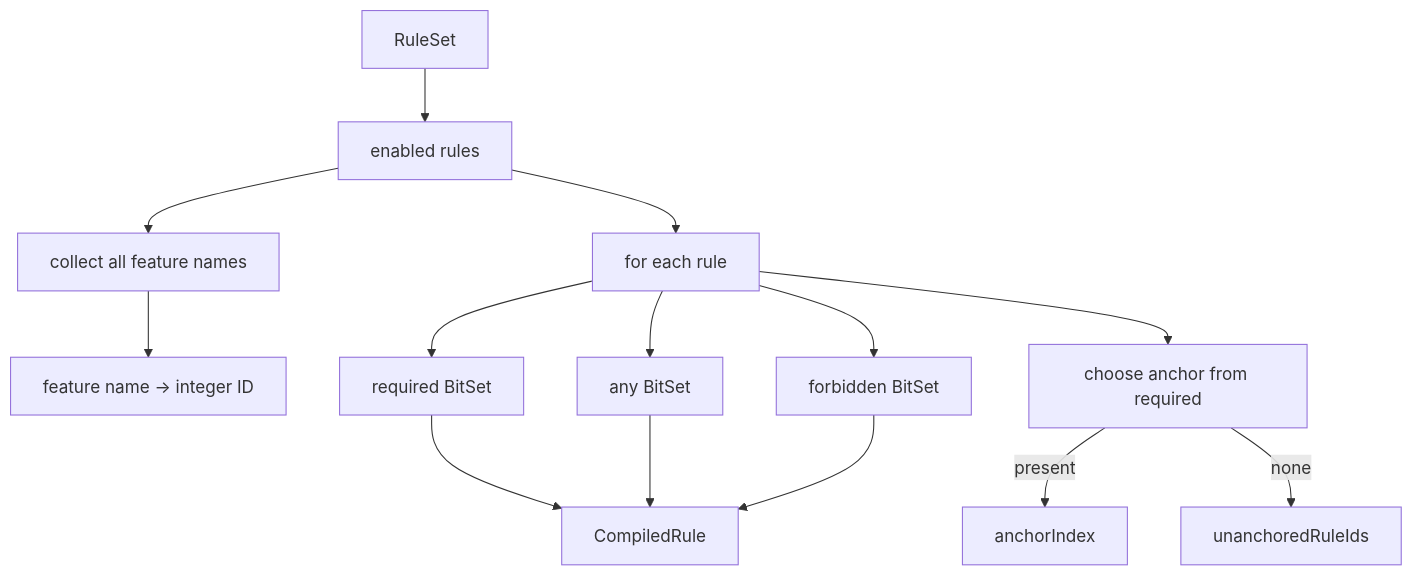
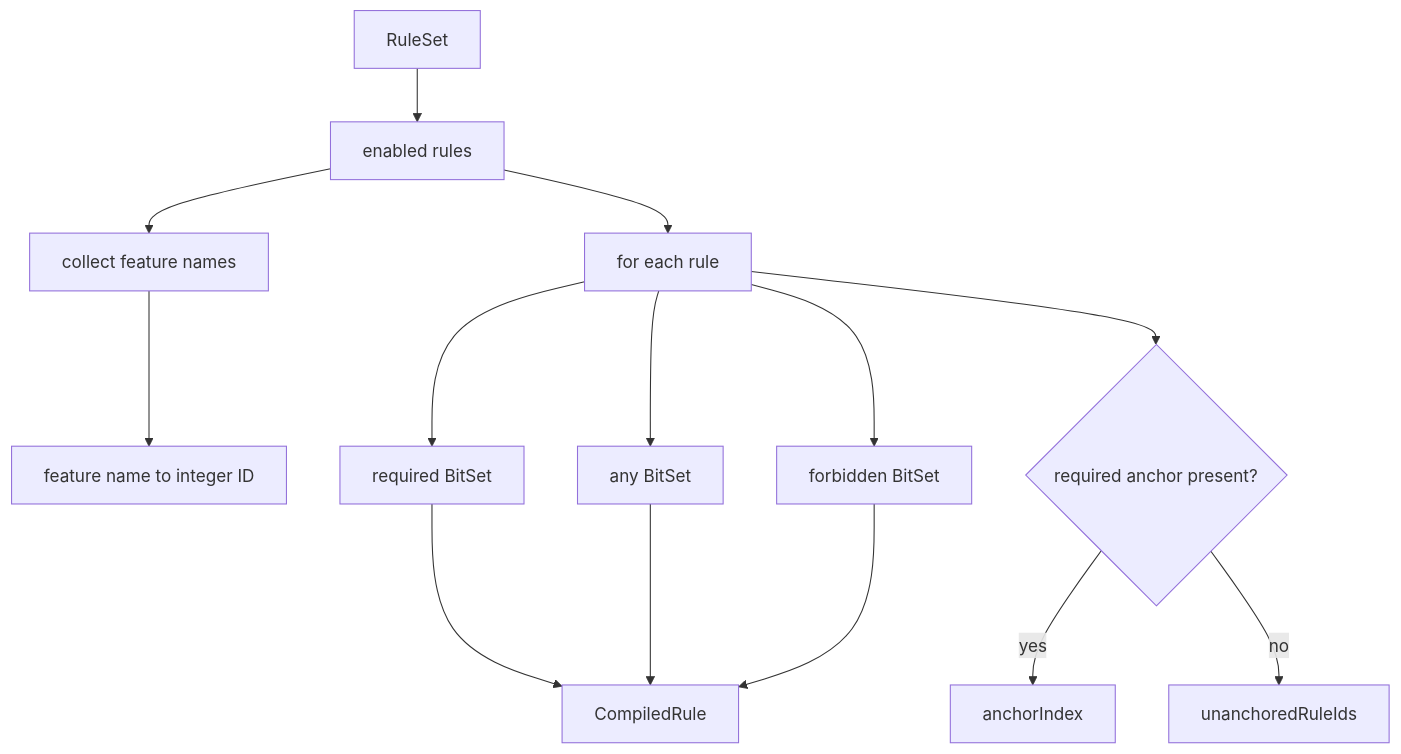
The second of 9 diagrams in docs/ENGINE_IMPLEMENTATION.md (GAbra/itam-asset-typing-benchmark), drawn with Mermaid before and after one commit. The commit also changed other lines of this file, not shown here.

Commit message:
Fix Mermaid syntax in English engine implementation

````diff
--- a/docs/ENGINE_IMPLEMENTATION.md
+++ b/docs/ENGINE_IMPLEMENTATION.md
@@ -80,16 +72,16 @@
 ```mermaid
 flowchart TD
-    RS[RuleSet] --> EF[enabled rules]
-    EF --> AF[collect all feature names]
-    AF --> ID[feature name -> integer ID]
-    EF --> CR[for each rule]
-    CR --> REQ[required BitSet]
-    CR --> ANY[any BitSet]
-    CR --> FORB[forbidden BitSet]
-    CR --> AN[choose anchor from required]
-    AN -->|present| IDX[anchorIndex]
-    AN -->|none| U[unanchoredRuleIds]
-    REQ --> COMPILED[CompiledRule]
+    RS["RuleSet"] --> EF["enabled rules"]
+    EF --> AF["collect feature names"]
+    AF --> ID["feature name to integer ID"]
+    EF --> CR["for each rule"]
+    CR --> REQ["required BitSet"]
+    CR --> ANY["any BitSet"]
+    CR --> FORB["forbidden BitSet"]
+    CR --> AN{"required anchor present?"}
+    AN -->|yes| IDX["anchorIndex"]
+    AN -->|no| U["unanchoredRuleIds"]
+    REQ --> COMPILED["CompiledRule"]
     ANY --> COMPILED
     FORB --> COMPILED
 ```
````
